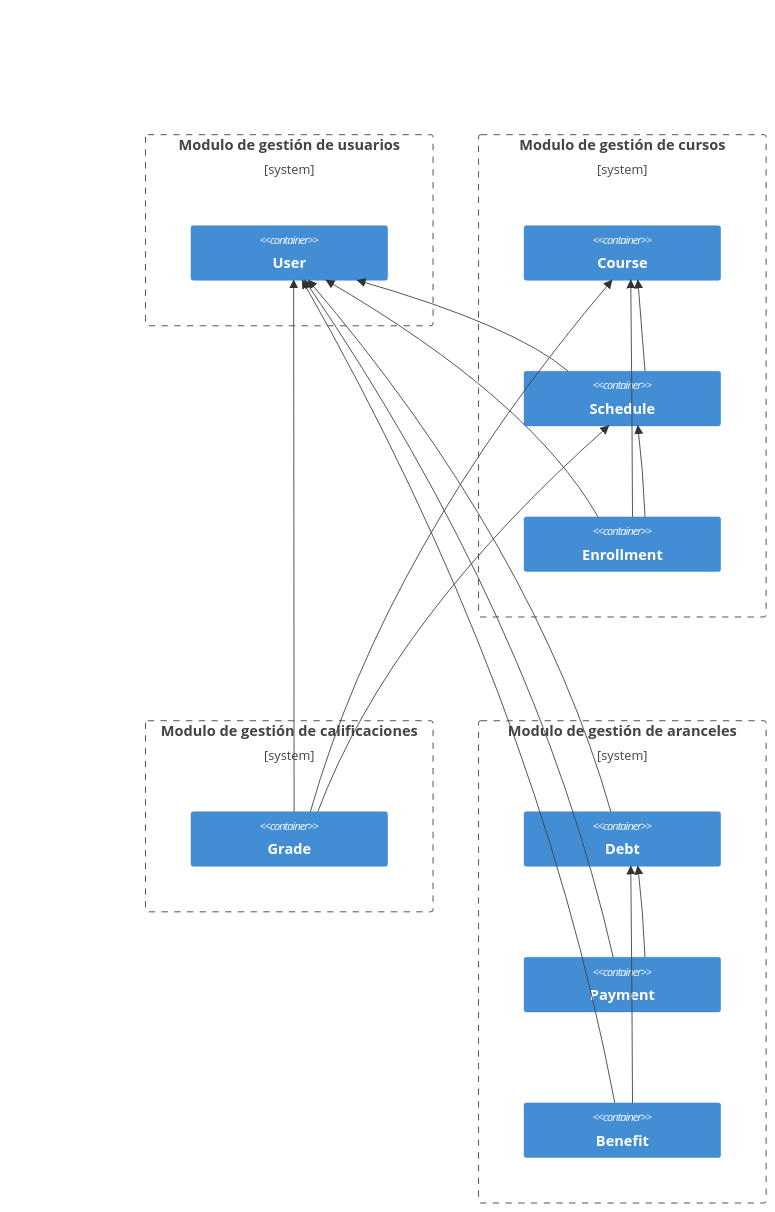
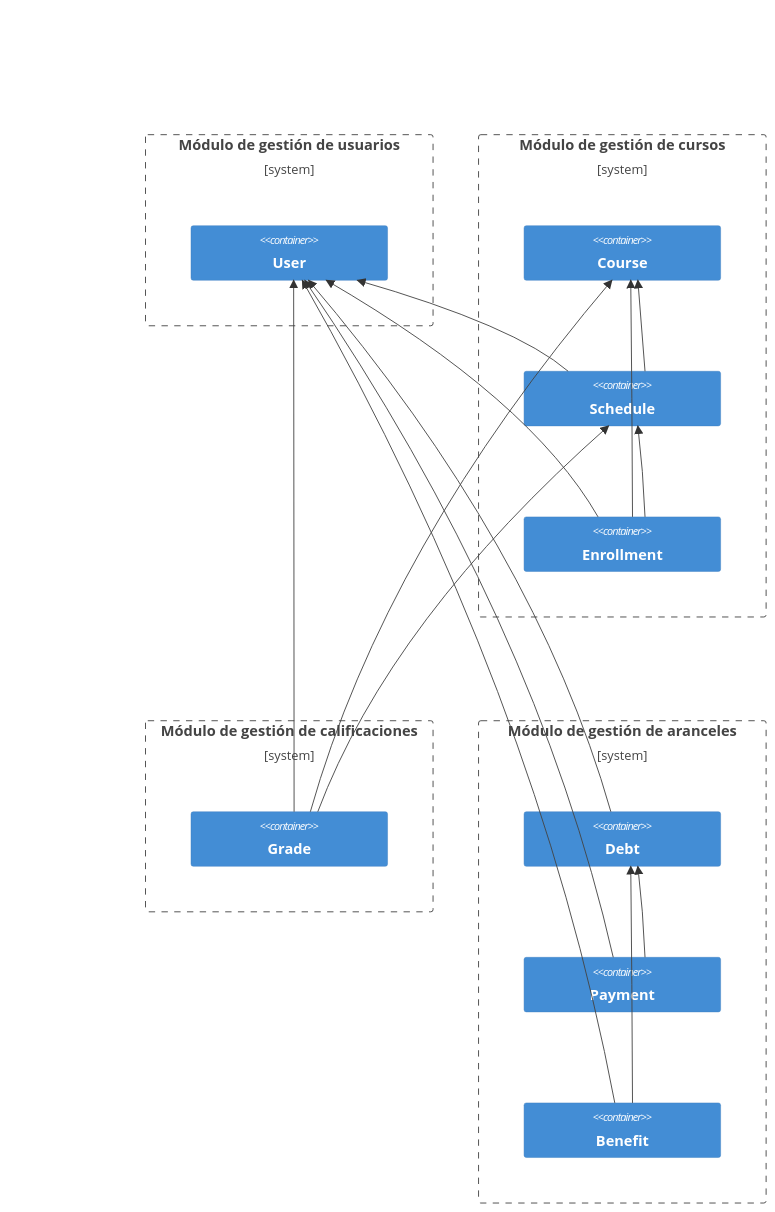
Before and after one commit to rmasad/microservicios: the fifth of 5 diagrams in 03_Comunicación/ejemplo/README.md, drawn with Mermaid. The commit also changed other lines of this file and 84 other files, not shown here.

````diff
--- a/03_Comunicación/ejemplo/README.md
+++ b/03_Comunicación/ejemplo/README.md
@@ -520,39 +523,39 @@
 ```mermaid
     C4Context
-      Boundary(b0, "Modulo de gestión de usuarios") {
+      Boundary(b0, "Módulo de gestión de usuarios") {
         Container(users, "User")
       }
 
-      Boundary(b1, "Modulo de gestión de cursos") {
+      Boundary(b1, "Módulo de gestión de cursos") {
         Container(courses, "Course")
         Container(schedules, "Schedule")
         Container(enrollment, "Enrollment")
       }
 
       Rel(schedules, courses, "")
       Rel(enrollment, courses, "")
       Rel(enrollment, schedules, "")
 
       Rel(schedules, users, "")
       Rel(enrollment, users, "")
 
-      Boundary(b2, "Modulo de gestión de calificaciones") {
+      Boundary(b2, "Módulo de gestión de calificaciones") {
         Container(grades, "Grade")
       }
 
       Rel(grades, users, "")
       Rel(grades, courses, "")
       Rel(grades, schedules, "")
 
-      Boundary(b3, "Modulo de gestión de aranceles") {
+      Boundary(b3, "Módulo de gestión de aranceles") {
         Container(debt, "Debt")
         Container(payment, "Payment")
         Container(benefit, "Benefit")
       }
 
       Rel(debt, users, "")
       Rel(payment, users, "")
       Rel(benefit, users, "")
       Rel(payment, debt, "")
       Rel(benefit, debt, "")
 ```
````
